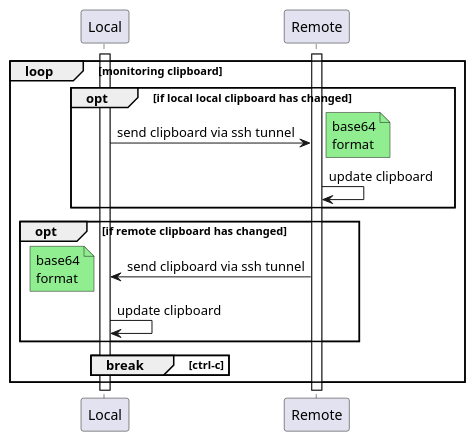
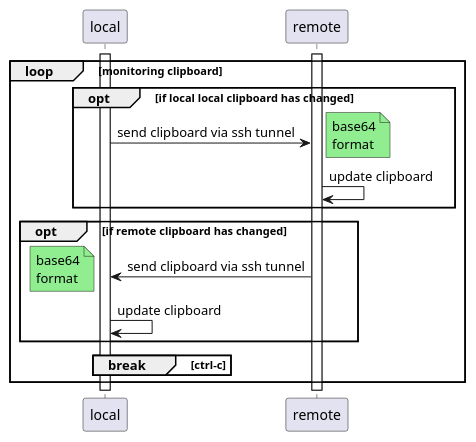
Before and after one commit to umaumax/playground: the second of 4 diagrams in README.md, drawn with PlantUML. The commit also changed other lines of this file, not shown here.

````diff
--- a/README.md
+++ b/README.md
@@ -18,26 +16,27 @@
 ```plantuml
 @startuml
 
-'comment
+participant "local" as Local
+participant "remote" as Remote
 
 loop monitoring clipboard
     opt if local local clipboard has changed
         activate Local
         Local -> Remote: send clipboard via ssh tunnel
         note right #lightgreen: base64\nformat
         Remote -> Remote: update clipboard
     end
 
     opt if remote clipboard has changed
         activate Remote
         Remote -> Local: send clipboard via ssh tunnel
         note left #lightgreen: base64\nformat
         Local -> Local: update clipboard
     end
 
     break ctrl-c
     end
 end
 
 @enduml
 ```
````
